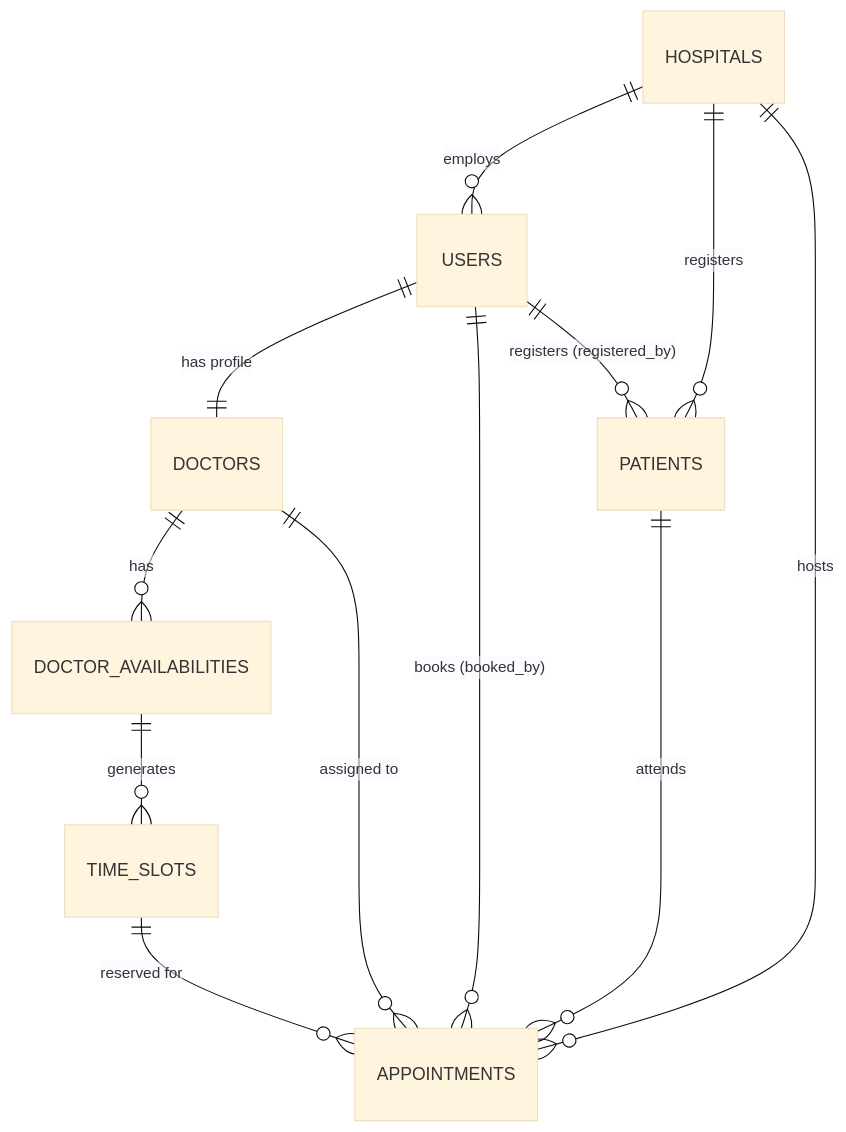
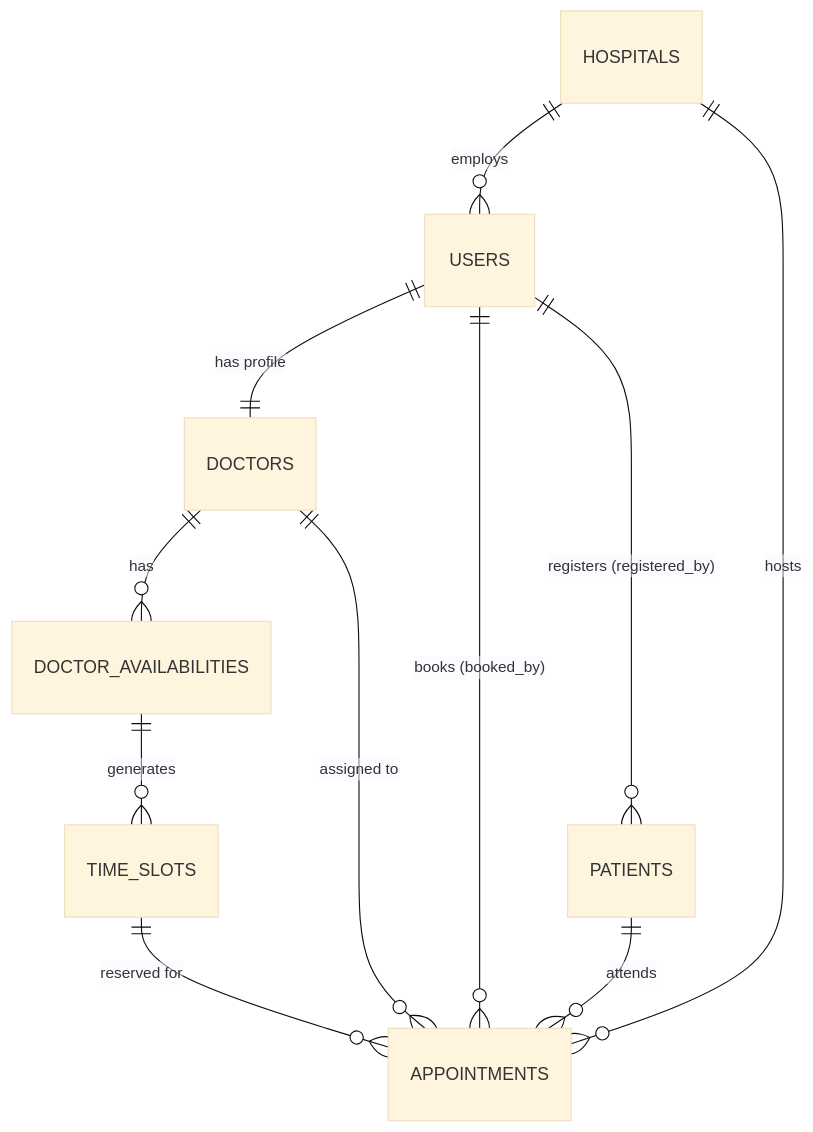
The first of 4 diagrams in docs/02-Database-Design.md (AmbyHasan/HMS), drawn with Mermaid (base theme) before and after one commit. The commit also changed other lines of this file, not shown here.

````diff
--- a/docs/02-Database-Design.md
+++ b/docs/02-Database-Design.md
@@ -305,19 +302,18 @@
 ```mermaid
 erDiagram
     HOSPITALS ||--o{ USERS : "employs"
-    HOSPITALS ||--o{ PATIENTS : "registers"
     HOSPITALS ||--o{ APPOINTMENTS : "hosts"
 
     USERS ||--|| DOCTORS : "has profile"
     USERS ||--o{ APPOINTMENTS : "books (booked_by)"
     USERS ||--o{ PATIENTS : "registers (registered_by)"
 
     DOCTORS ||--o{ DOCTOR_AVAILABILITIES : "has"
     DOCTORS ||--o{ APPOINTMENTS : "assigned to"
 
     DOCTOR_AVAILABILITIES ||--o{ TIME_SLOTS : "generates"
 
     PATIENTS ||--o{ APPOINTMENTS : "attends"
 
     TIME_SLOTS ||--o{ APPOINTMENTS : "reserved for"
 ```
````
